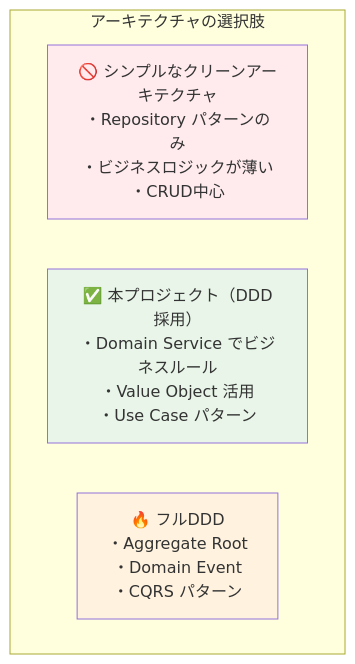
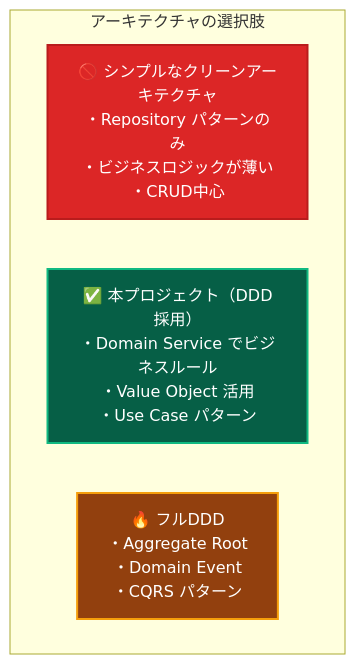
The first of 3 diagrams in _DOCS/guides/ddd/concepts/architecture-comparison.md (derushio/d-next-ddd-example), drawn with Mermaid before and after one commit. The commit also changed other lines of this file and 31 other files, not shown here.

Commit message:
🎨: DOCSのMermaid図表カラーテーマを暗色に統一し視認性を向上

````diff
--- a/_DOCS/guides/ddd/concepts/architecture-comparison.md
+++ b/_DOCS/guides/ddd/concepts/architecture-comparison.md
@@ -11,14 +11,14 @@
 ```mermaid
 graph TD
     subgraph "アーキテクチャの選択肢"
         A[🚫 シンプルなクリーンアーキテクチャ<br/>・Repository パターンのみ<br/>・ビジネスロジックが薄い<br/>・CRUD中心]
         
         B[✅ 本プロジェクト（DDD採用）<br/>・Domain Service でビジネスルール<br/>・Value Object 活用<br/>・Use Case パターン]
         
         C[🔥 フルDDD<br/>・Aggregate Root<br/>・Domain Event<br/>・CQRS パターン]
     end
     
-    style A fill:#ffebee
-    style B fill:#e8f5e8
-    style C fill:#fff3e0
+    style A fill:#dc2626,stroke:#b91c1c,stroke-width:2px,color:#ffffff
+    style B fill:#065f46,stroke:#10b981,stroke-width:2px,color:#ffffff
+    style C fill:#92400e,stroke:#f59e0b,stroke-width:2px,color:#ffffff
 ```
````
